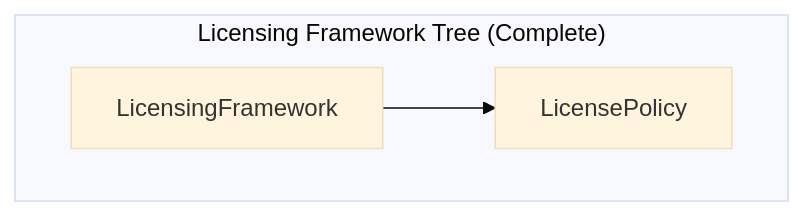
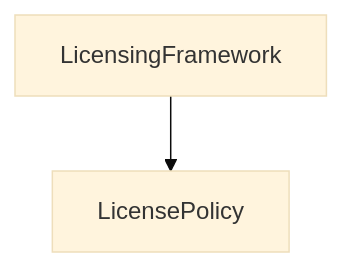
The tenth of 11 diagrams in docs/credential-based-authorization.md (alkem-io/server), drawn with Mermaid (base theme) before and after one commit. The commit also changed other lines of this file and 1 other file, not shown here.

````diff
--- a/docs/credential-based-authorization.md
+++ b/docs/credential-based-authorization.md
@@ -290,6 +309,4 @@
 ```mermaid
 graph TD
-    subgraph "Licensing Framework Tree (Complete)"
-        LicensingFramework --> LicensePolicy;
-    end
+    LicensingFramework --> LicensePolicy;
 ```
````
